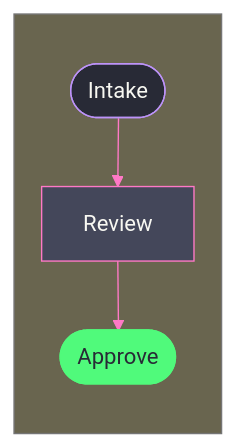
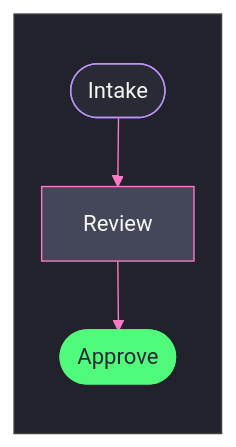
Before and after one commit to bsamiee/Rasm: diagram 21 of 25 in .claude/skills/mermaid-diagramming/references/syntax-extended.md, drawn with Mermaid. The commit also changed other lines of this file and 50 other files, not shown here.

````diff
--- a/.claude/skills/mermaid-diagramming/references/syntax-extended.md
+++ b/.claude/skills/mermaid-diagramming/references/syntax-extended.md
@@ -590,28 +636,31 @@
 ```mermaid
 ---
 config:
+  theme: base
   look: classic
-  theme: base
+  flowchart:
+    defaultRenderer: elk
   themeVariables:
     darkMode: true
     fontFamily: "SF Mono, Menlo, Cascadia Mono, Segoe UI Mono, Consolas, monospace"
+    useGradient: false
+    dropShadow: "none"
     textColor: "#F8F8F2"
     primaryColor: "#44475A"
     primaryTextColor: "#F8F8F2"
     primaryBorderColor: "#BD93F9"
+    tertiaryColor: "#21222C"
     lineColor: "#FF79C6"
-  flowchart:
-    defaultRenderer: elk
 ---
 swimlane-beta
   accTitle: Lane demo
   accDescr: An intake flow stepping through review to approval.
   Intake([Intake]) --> Review[Review]
   Review --> Approve([Approve])
   classDef primary fill:#44475A,stroke:#FF79C6,color:#F8F8F2
   classDef boundary fill:#282A36,stroke:#BD93F9,color:#F8F8F2
   classDef success fill:#50FA7B,stroke:#50FA7B,color:#282A36
   class Intake boundary
   class Review primary
   class Approve success
 ```
````
